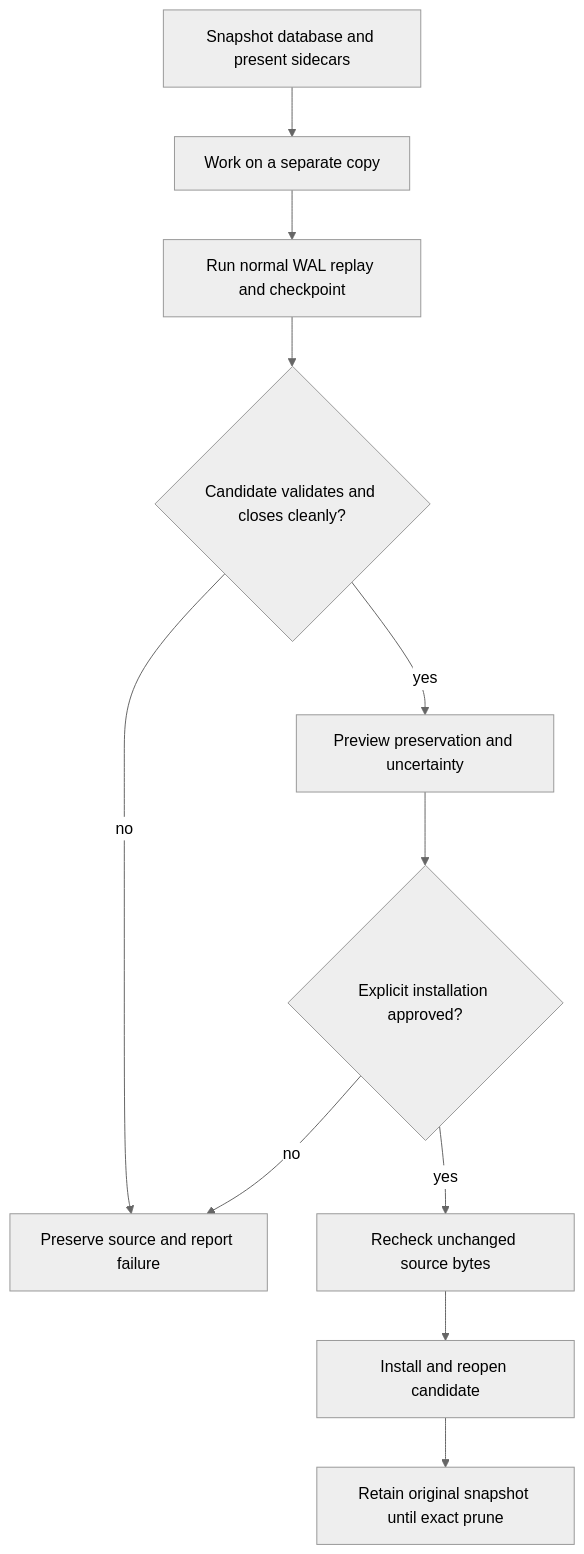
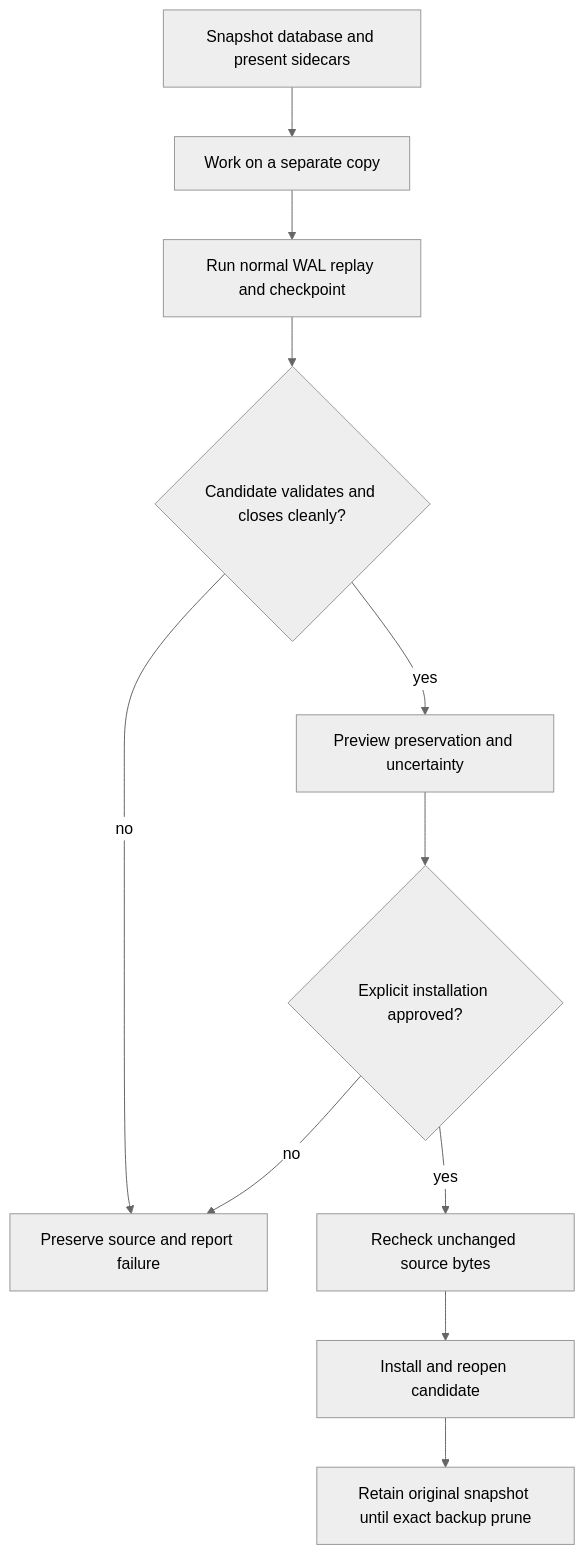
One commit to krafczyk/mkchad_dev changed the first of 3 diagrams in docs/plans/2026-08-05-001-feat-opencode-database-cleanup-tool-plan.md. Above: the diagram before and after it, drawn with Mermaid (neutral theme). The commit also changed other lines of this file, not shown here.

First line of the commit message:
docs(plan): distinguish backup pruning

````diff
--- a/docs/plans/2026-08-05-001-feat-opencode-database-cleanup-tool-plan.md
+++ b/docs/plans/2026-08-05-001-feat-opencode-database-cleanup-tool-plan.md
@@ -114,13 +114,13 @@
 ```mermaid
 flowchart TB
   Snapshot[Snapshot database and present sidecars] --> Copy[Work on a separate copy]
   Copy --> Replay[Run normal WAL replay and checkpoint]
   Replay --> Validate{Candidate validates and closes cleanly?}
   Validate -->|no| Preserve[Preserve source and report failure]
   Validate -->|yes| Preview[Preview preservation and uncertainty]
   Preview --> Install{Explicit installation approved?}
   Install -->|no| Preserve
   Install -->|yes| Recheck[Recheck unchanged source bytes]
   Recheck --> Replace[Install and reopen candidate]
-  Replace --> Retain[Retain original snapshot until exact prune]
+  Replace --> Retain[Retain original snapshot until exact backup prune]
 ```
````
